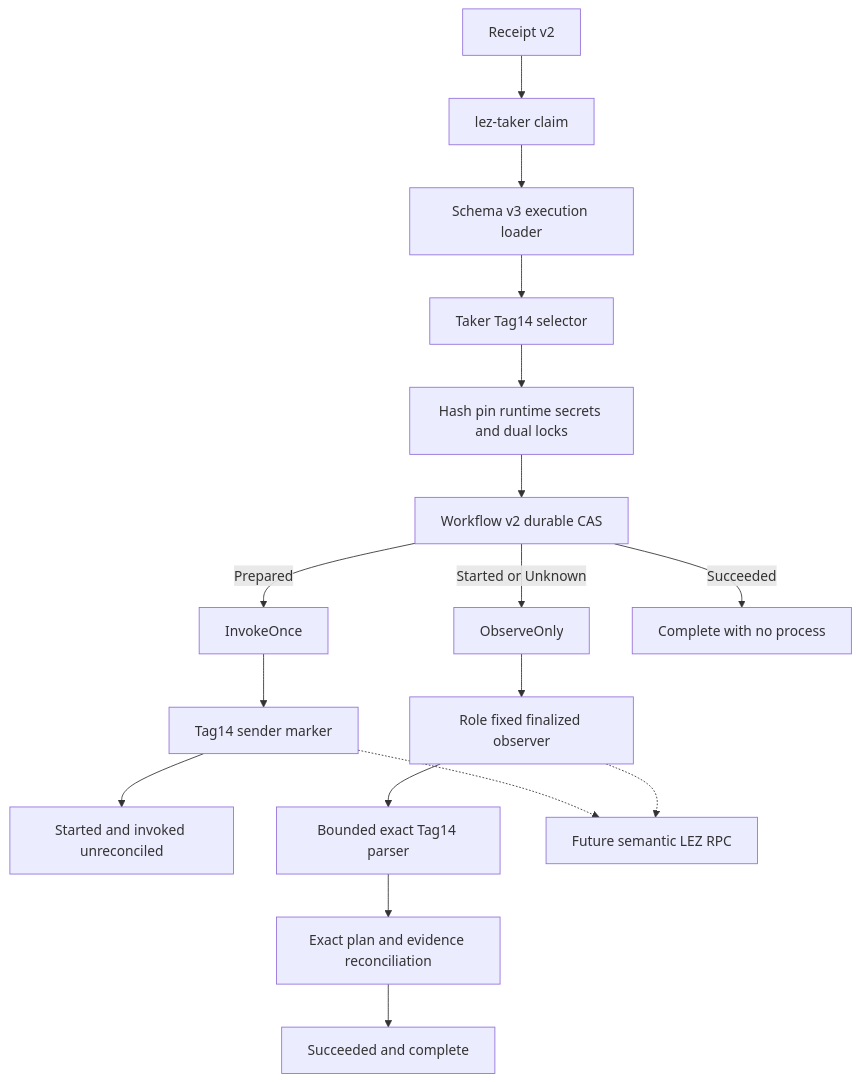
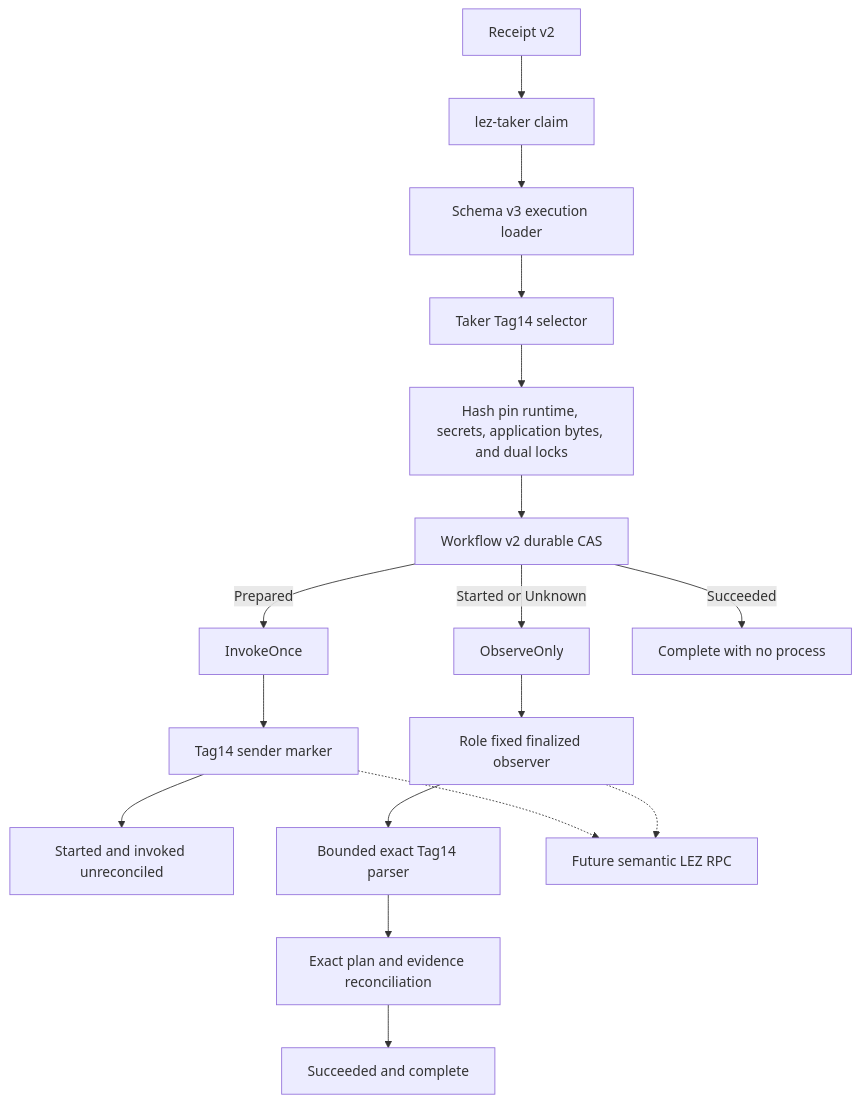
Before and after one commit to gateway-fm/lez-atomic-swaps: diagram 27 of 40 in docs/architecture/system-architecture.md, drawn with Mermaid. The commit also changed other lines of this file and 11 other files, not shown here.

````diff
--- a/docs/architecture/system-architecture.md
+++ b/docs/architecture/system-architecture.md
@@ -2561,19 +2561,19 @@
 ```mermaid
 flowchart TB
     Receipt["Receipt v2"] --> Claim["lez-taker claim"]
     Claim --> Loader["Schema v3 execution loader"]
     Loader --> Selector["Taker Tag14 selector"]
-    Selector --> Pin["Hash pin runtime secrets and dual locks"]
+    Selector --> Pin["Hash pin runtime, secrets, application bytes, and dual locks"]
     Pin --> Authorize["Workflow v2 durable CAS"]
     Authorize -->|Prepared| Invoke["InvokeOnce"]
     Invoke --> Sender["Tag14 sender marker"]
     Sender --> Started["Started and invoked unreconciled"]
     Authorize -->|Started or Unknown| Observe["ObserveOnly"]
     Observe --> Observer["Role fixed finalized observer"]
     Observer --> Parser["Bounded exact Tag14 parser"]
     Parser --> Reconcile["Exact plan and evidence reconciliation"]
     Reconcile --> Succeeded["Succeeded and complete"]
     Authorize -->|Succeeded| Complete["Complete with no process"]
     Sender -.-> Rpc["Future semantic LEZ RPC"]
     Observer -.-> Rpc
 ```
````
